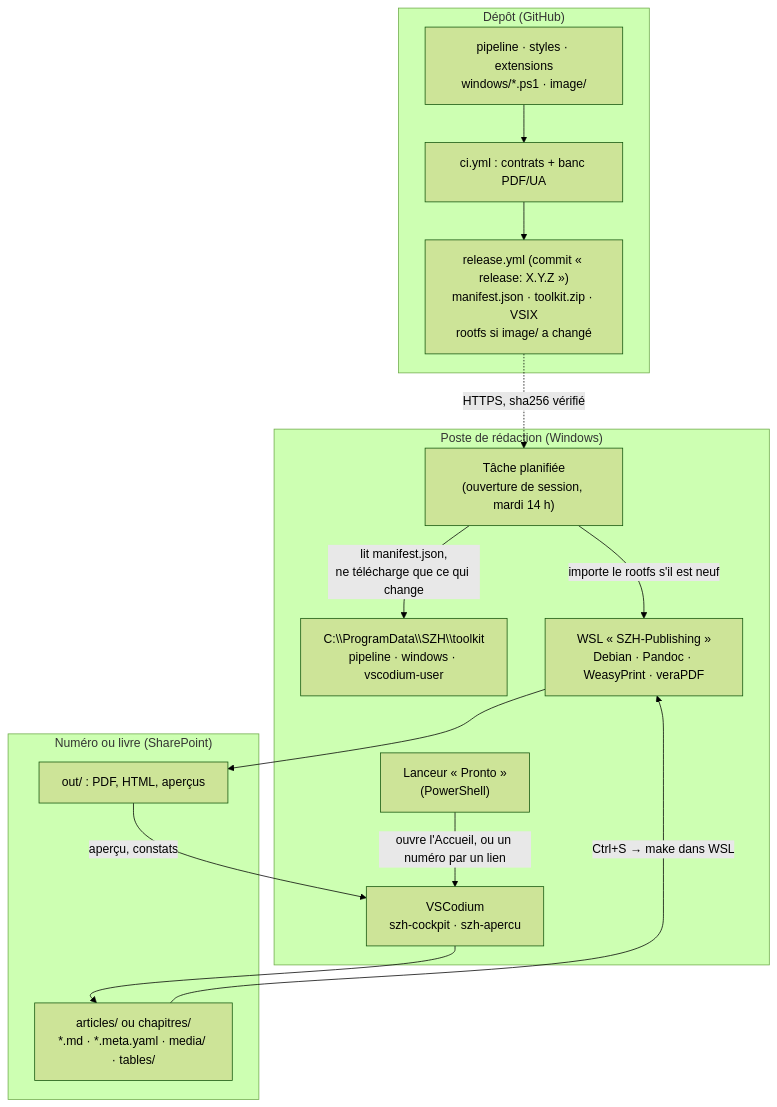
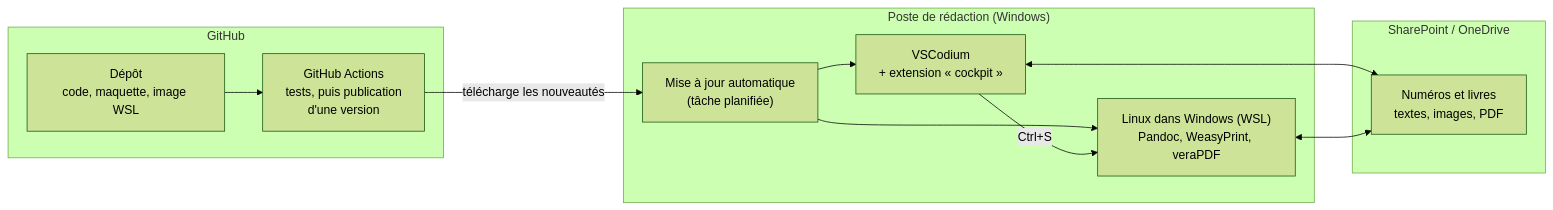
The first of 5 diagrams in docs/ARCHITECTURE.md (SZH-CSPS/szh-publishing-toolchain), drawn with Mermaid (forest theme) before and after one commit. The commit also changed other lines of this file and 3 other files, not shown here.

Commit message:
Doc : charte d'écriture, ARCHITECTURE.md réécrit, commentaires de szh-numerotation.lua

````diff
--- a/docs/ARCHITECTURE.md
+++ b/docs/ARCHITECTURE.md
@@ -28,31 +19,25 @@
 ```mermaid
-flowchart TB
-    subgraph DEP["Dépôt (GitHub)"]
-        SRC["pipeline · styles · extensions<br/>windows/*.ps1 · image/"]
-        CI["ci.yml : contrats + banc PDF/UA"]
-        REL["release.yml (commit « release: X.Y.Z »)<br/>manifest.json · toolkit.zip · VSIX<br/>rootfs si image/ a changé"]
-        SRC --> CI --> REL
+flowchart LR
+    subgraph GH["GitHub"]
+        DEPOT["Dépôt<br/>code, maquette, image WSL"]
+        CI["GitHub Actions<br/>tests, puis publication<br/>d'une version"]
+        DEPOT --> CI
     end
 
-    subgraph POSTE["Poste de rédaction (Windows)"]
-        TACHE["Tâche planifiée<br/>(ouverture de session, mardi 14 h)"]
-        TK["C:\\ProgramData\\SZH\\toolkit<br/>pipeline · windows · vscodium-user"]
-        WSL["WSL « SZH-Publishing »<br/>Debian · Pandoc · WeasyPrint · veraPDF"]
-        LAN["Lanceur « Pronto »<br/>(PowerShell)"]
-        VSC["VSCodium<br/>szh-cockpit · szh-apercu"]
-        TACHE -->|"lit manifest.json,<br/>ne télécharge que ce qui change"| TK
-        TACHE -->|"importe le rootfs s'il est neuf"| WSL
-        LAN -->|"ouvre l'Accueil, ou un numéro par un lien"| VSC
+    subgraph PC["Poste de rédaction (Windows)"]
+        MAJ["Mise à jour automatique<br/>(tâche planifiée)"]
+        VSC["VSCodium<br/>+ extension « cockpit »"]
+        WSL["Linux dans Windows (WSL)<br/>Pandoc, WeasyPrint, veraPDF"]
+        MAJ --> VSC
+        MAJ --> WSL
+        VSC -->|"Ctrl+S"| WSL
     end
 
-    subgraph PUB["Numéro ou livre (SharePoint)"]
-        MD["articles/ ou chapitres/<br/>*.md · *.meta.yaml · media/ · tables/"]
-        OUT["out/ : PDF, HTML, aperçus"]
+    subgraph SP["SharePoint / OneDrive"]
+        NUM["Numéros et livres<br/>textes, images, PDF"]
     end
 
-    REL -.->|"HTTPS, sha256 vérifié"| TACHE
-    VSC --> MD
-    MD -->|"Ctrl+S → make dans WSL"| WSL
-    WSL --> OUT
-    OUT -->|"aperçu, constats"| VSC
+    CI -->|"télécharge les nouveautés"| MAJ
+    VSC <--> NUM
+    WSL <--> NUM
 ```
````
